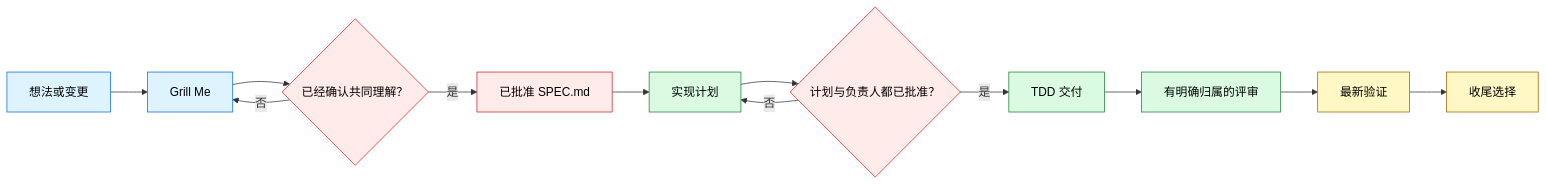
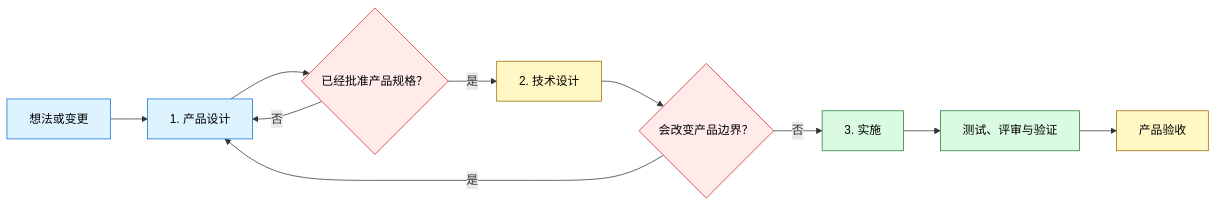
Before and after one commit to okht/grill-powers: the diagram in docs/lang/README_ZH.md, drawn with Mermaid. The commit also changed other lines of this file and 1 other file, not shown here.

Commit message:
Clarify three-stage product manager workflow

````diff
--- a/docs/lang/README_ZH.md
+++ b/docs/lang/README_ZH.md
@@ -69,22 +88,22 @@
 ```mermaid
 flowchart LR
-    I["想法或变更"] --> G["Grill Me"]
-    G --> U{"已经确认共同理解？"}
-    U -- "否" --> G
-    U -- "是" --> S["已批准 SPEC.md"]
-    S --> P["实现计划"]
-    P --> A{"计划与负责人都已批准？"}
-    A -- "否" --> P
-    A -- "是" --> D["TDD 交付"]
-    D --> R["有明确归属的评审"]
-    R --> V["最新验证"]
-    V --> F["收尾选择"]
-    classDef discovery fill:#ddf4ff,stroke:#0969da,color:#000
+    I["想法或变更"] --> P["1. 产品设计"]
+    P --> S{"已经批准产品规格？"}
+    S -- "否" --> P
+    S -- "是" --> T["2. 技术设计"]
+    T --> C{"会改变产品边界？"}
+    C -- "是" --> P
+    C -- "否" --> D["3. 实施"]
+    D --> V["测试、评审与验证"]
+    V --> A["产品验收"]
+    classDef product fill:#ddf4ff,stroke:#0969da,color:#000
     classDef gate fill:#ffebe9,stroke:#cf222e,color:#000
-    classDef delivery fill:#dafbe1,stroke:#1a7f37,color:#000
+    classDef technical fill:#fff8c5,stroke:#9a6700,color:#000
+    classDef implementation fill:#dafbe1,stroke:#1a7f37,color:#000
     classDef evidence fill:#fff8c5,stroke:#9a6700,color:#000
-    class I,G discovery
-    class U,S,A gate
-    class P,D,R delivery
-    class V,F evidence
+    class I,P product
+    class S,C gate
+    class T technical
+    class D,V implementation
+    class A evidence
 ```
````
